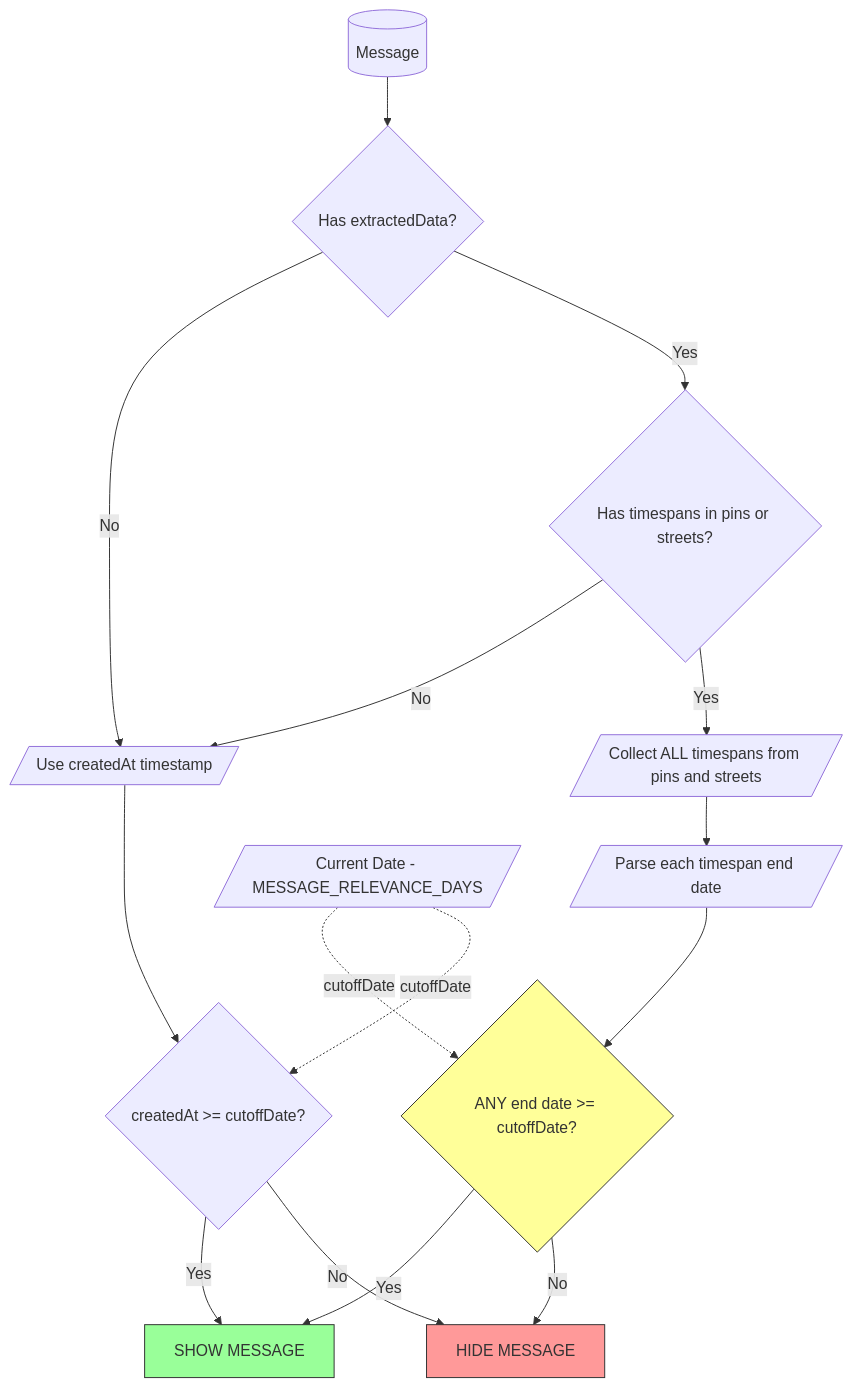
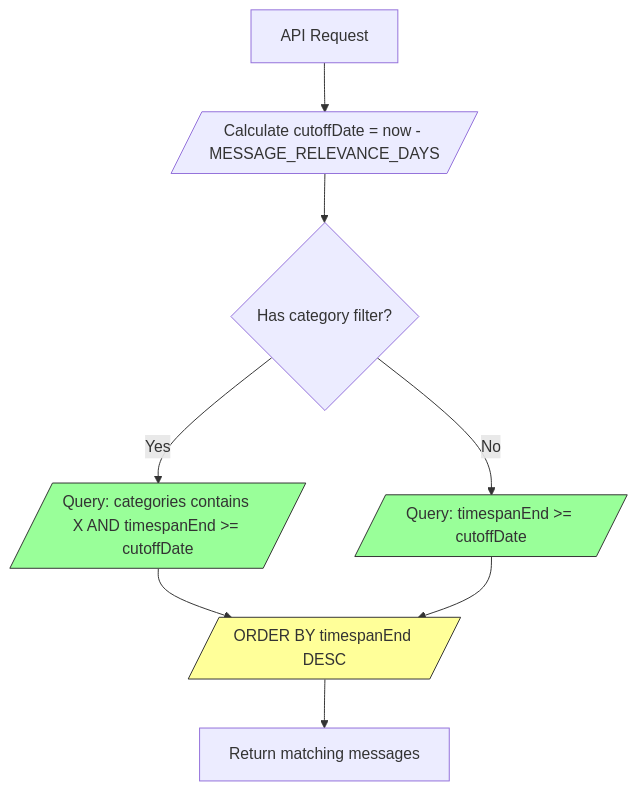
The second of 2 diagrams in docs/features/message-filtering.md (IvelinaKostadinova/oboapp), drawn with Mermaid before and after one commit. The commit also changed other lines of this file and 25 other files, not shown here.

````diff
--- a/docs/features/message-filtering.md
+++ b/docs/features/message-filtering.md
@@ -63,22 +79,14 @@
 ```mermaid
 graph TD
-    A[(Message)] --> B{Has extractedData?}
-    B -->|No| C[/Use createdAt timestamp/]
-    B -->|Yes| D{Has timespans in pins or streets?}
-    D -->|No| C
-    D -->|Yes| E[/Collect ALL timespans from pins and streets/]
-    E --> F[/Parse each timespan end date/]
-    F --> G{ANY end date >= cutoffDate?}
-    G -->|Yes| H[SHOW MESSAGE]
-    G -->|No| I[HIDE MESSAGE]
-    C --> J{createdAt >= cutoffDate?}
-    J -->|Yes| H
-    J -->|No| I
+    A[API Request] --> B[/Calculate cutoffDate = now - MESSAGE_RELEVANCE_DAYS/]
+    B --> C{Has category filter?}
+    C -->|Yes| D[/Query: categories contains X AND timespanEnd >= cutoffDate/]
+    C -->|No| E[/Query: timespanEnd >= cutoffDate/]
+    D --> F[/ORDER BY timespanEnd DESC/]
+    E --> F
+    F --> G[Return matching messages]
 
-    K[/Current Date - MESSAGE_RELEVANCE_DAYS/] -.->|cutoffDate| G
-    K -.->|cutoffDate| J
-
-    style H fill:#9f9,stroke:#333
-    style I fill:#f99,stroke:#333
-    style G fill:#ff9,stroke:#333
+    style D fill:#9f9,stroke:#333
+    style E fill:#9f9,stroke:#333
+    style F fill:#ff9,stroke:#333
 ```
````
